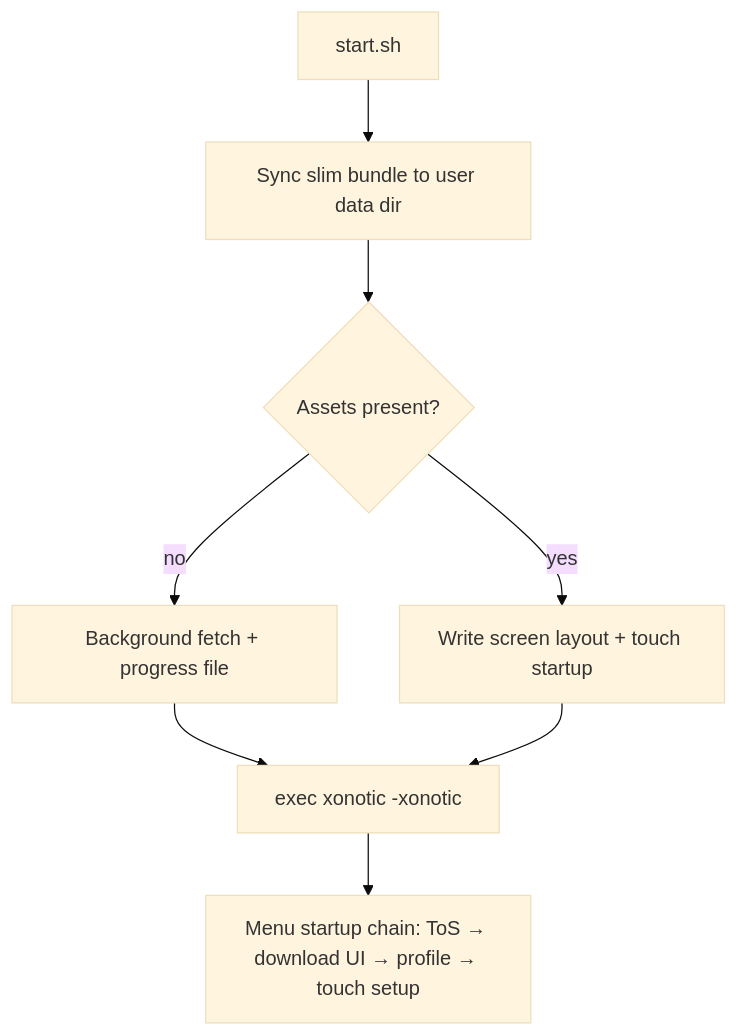
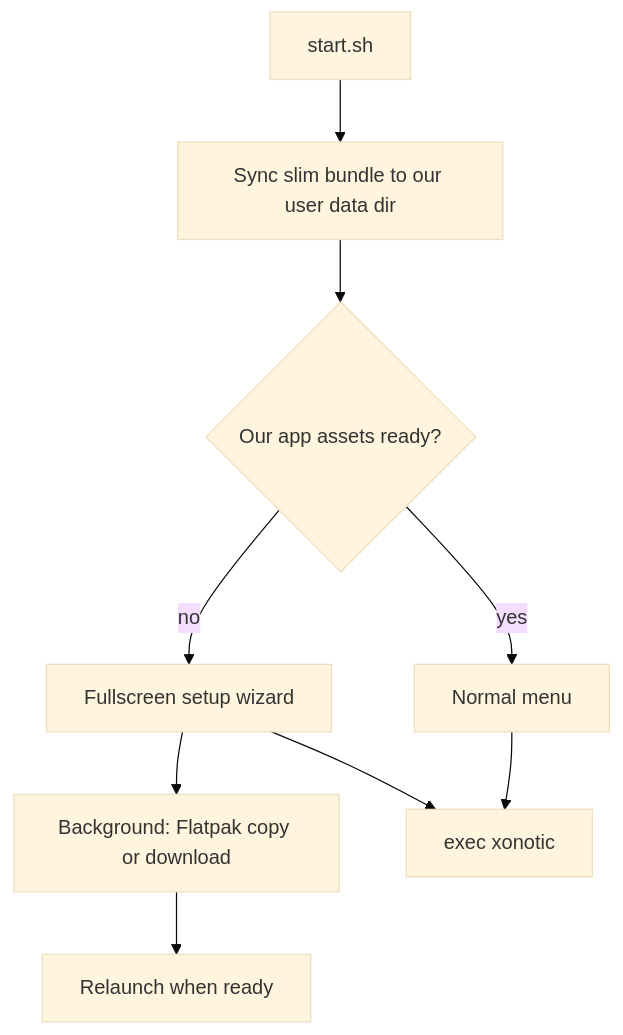
The diagram in docs/ARCHITECTURE.md (dixonSolutions/Xonotic-Touch), drawn with Mermaid (base theme) before and after one commit. The commit also changed other lines of this file and 17 other files, not shown here.

First line of the commit message:
Ship boot assets and a fullscreen first-launch setup wizard.

````diff
--- a/docs/ARCHITECTURE.md
+++ b/docs/ARCHITECTURE.md
@@ -43,10 +43,11 @@
 ```mermaid
 flowchart TD
-  A[start.sh] --> B[Sync slim bundle to user data dir]
-  B --> C{Assets present?}
-  C -->|no| D[Background fetch + progress file]
-  C -->|yes| E[Write screen layout + touch startup]
-  D --> F[exec xonotic -xonotic]
-  E --> F
-  F --> G[Menu startup chain: ToS → download UI → profile → touch setup]
+  A[start.sh] --> B[Sync slim bundle to our user data dir]
+  B --> C{Our app assets ready?}
+  C -->|yes| E[Normal menu]
+  C -->|no| W[Fullscreen setup wizard]
+  W --> BG[Background: Flatpak copy or download]
+  BG --> R[Relaunch when ready]
+  E --> F[exec xonotic]
+  W --> F
 ```
````
